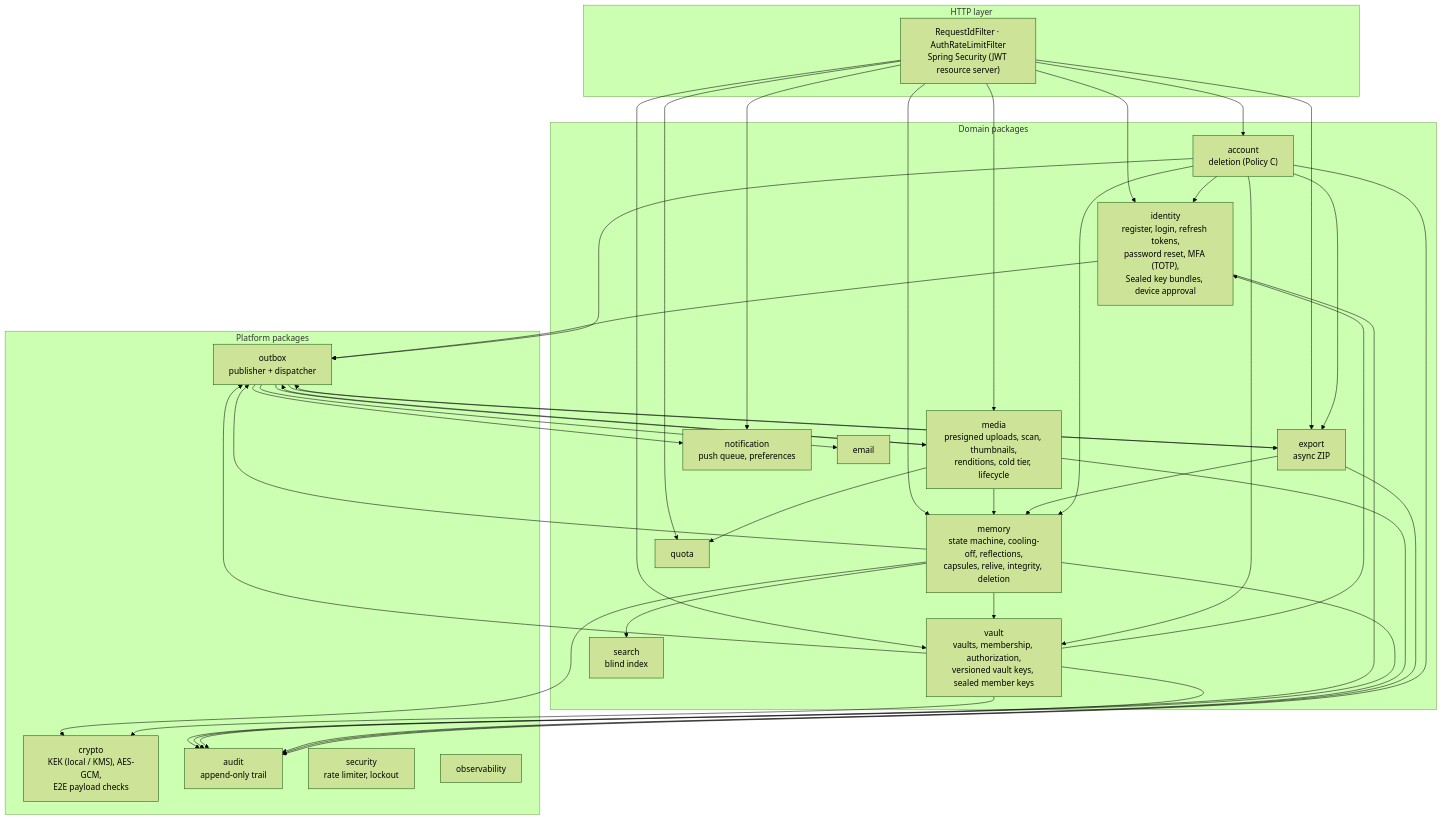
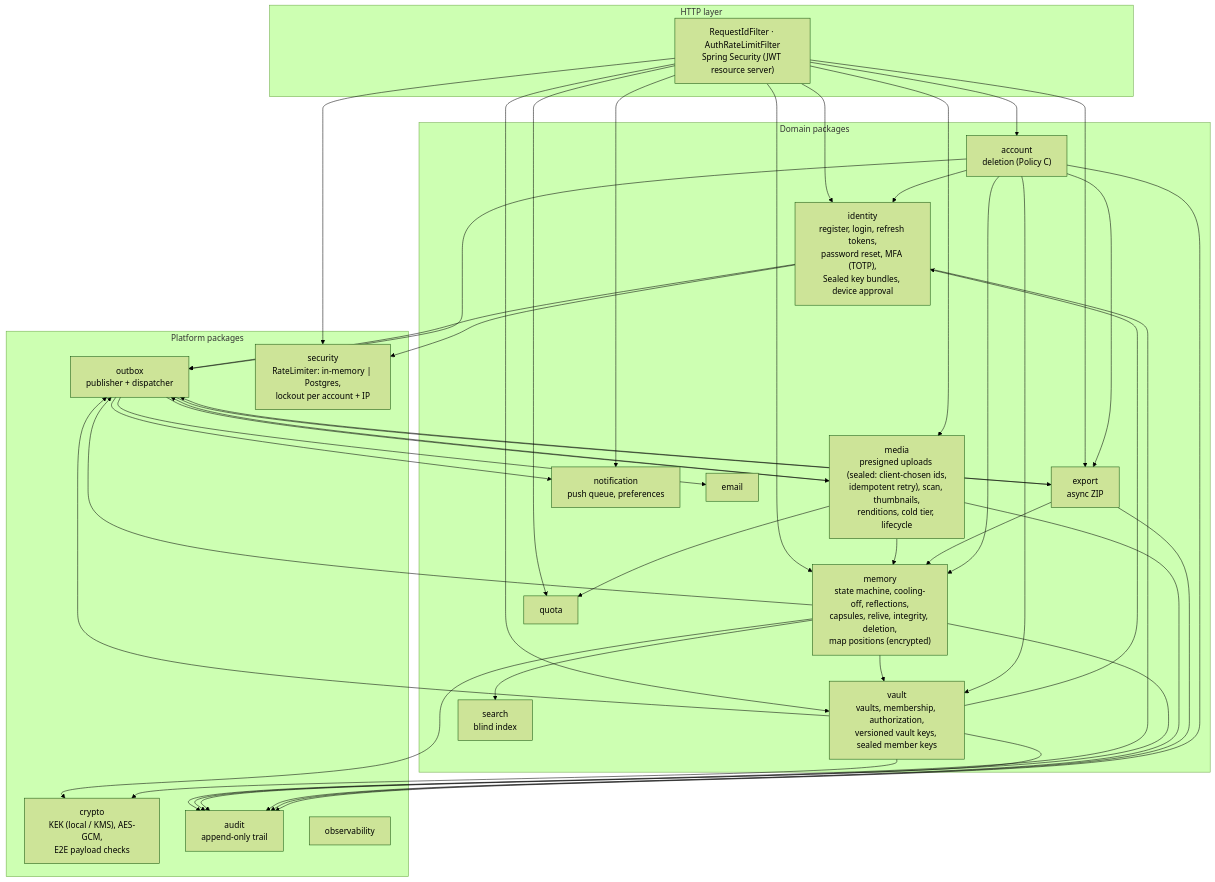
Before and after one commit to vinaynesta/Lock---Seize: the second of 13 diagrams in docs/architecture.md, drawn with Mermaid (forest theme). The commit also changed other lines of this file and 107 other files, not shown here.

````diff
--- a/docs/architecture.md
+++ b/docs/architecture.md
@@ -57,34 +68,35 @@
 ```mermaid
 flowchart TB
     subgraph web[HTTP layer]
         filters["RequestIdFilter · AuthRateLimitFilter<br/>Spring Security (JWT resource server)"]
     end
     subgraph domain[Domain packages]
         identity["identity<br/>register, login, refresh tokens,<br/>password reset, MFA (TOTP),<br/>Sealed key bundles, device approval"]
         vault["vault<br/>vaults, membership, authorization,<br/>versioned vault keys, sealed member keys"]
-        memory["memory<br/>state machine, cooling-off, reflections,<br/>capsules, relive, integrity, deletion"]
-        media["media<br/>presigned uploads, scan, thumbnails,<br/>renditions, cold tier, lifecycle"]
+        memory["memory<br/>state machine, cooling-off, reflections,<br/>capsules, relive, integrity, deletion,<br/>map positions (encrypted)"]
+        media["media<br/>presigned uploads (sealed: client-chosen ids,<br/>idempotent retry), scan, thumbnails,<br/>renditions, cold tier, lifecycle"]
         search["search<br/>blind index"]
         export["export<br/>async ZIP"]
         account["account<br/>deletion (Policy C)"]
         notification["notification<br/>push queue, preferences"]
         quota["quota"]
         email["email"]
     end
     subgraph platform[Platform packages]
         crypto["crypto<br/>KEK (local / KMS), AES-GCM,<br/>E2E payload checks"]
         outbox["outbox<br/>publisher + dispatcher"]
         audit["audit<br/>append-only trail"]
-        security["security<br/>rate limiter, lockout"]
+        security["security<br/>RateLimiter: in-memory | Postgres,<br/>lockout per account + IP"]
         observability["observability"]
     end
 
     filters --> identity & vault & memory & media & export & account & notification & quota
     memory --> vault & search & crypto
     media --> memory & quota
     export --> memory
     account --> vault & memory & identity & export
     vault --> crypto & identity
     identity & vault & memory & media & export & account --> audit & outbox
     outbox --> media & notification & export & email
+    filters & identity --> security
 ```
````
